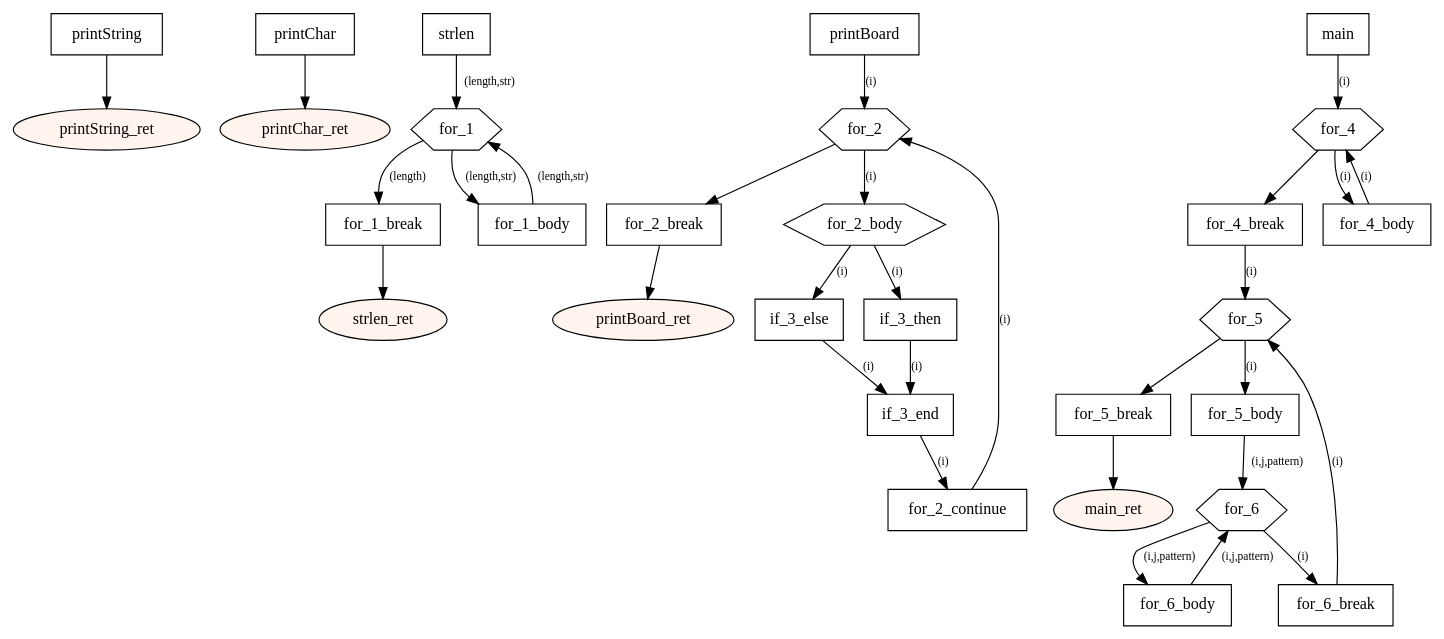
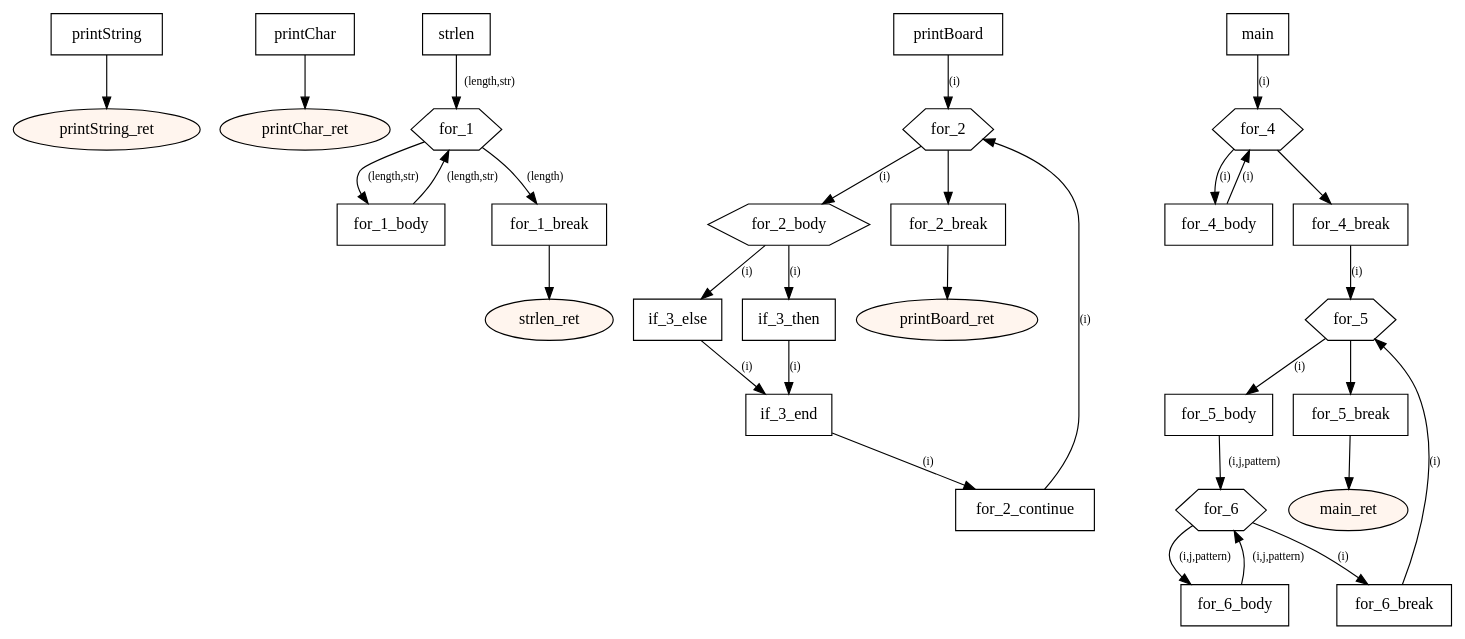
The diagram in src/main/resources-test/rule110.dot (tmssngr/tinyC), drawn with Graphviz before and after one commit. The commit also changed other lines of this file and 51 other files, not shown here.

```diff
--- a/src/main/resources-test/rule110.dot
+++ b/src/main/resources-test/rule110.dot
@@ -1,72 +1,72 @@
 digraph program {
 	edge[fontsize="10pt"];
 	subgraph fn_printString {
 		BasicBlock_0_printString [label="printString",shape=box];
 		BasicBlock_0_printString -> BasicBlock_0_printString_ret;
 		BasicBlock_0_printString_ret [label="printString_ret",shape=oval,style=filled,fillcolor="#fff5ee"];
 	}
 	subgraph fn_printChar {
 		BasicBlock_1_printChar [label="printChar",shape=box];
 		BasicBlock_1_printChar -> BasicBlock_1_printChar_ret;
 		BasicBlock_1_printChar_ret [label="printChar_ret",shape=oval,style=filled,fillcolor="#fff5ee"];
 	}
 	subgraph fn_strlen {
 		BasicBlock_2_strlen [label="strlen",shape=box];
 		BasicBlock_2_strlen -> BasicBlock_2_for_1 [label="(length,str)"];
+		BasicBlock_2_for_1_body [label="for_1_body",shape=box];
+		BasicBlock_2_for_1_body -> BasicBlock_2_for_1 [label="(length,str)"];
 		BasicBlock_2_for_1 [label="for_1",shape=hexagon];
 		BasicBlock_2_for_1 -> BasicBlock_2_for_1_break [label="(length)"];
 		BasicBlock_2_for_1 -> BasicBlock_2_for_1_body [label="(length,str)"];
-		BasicBlock_2_for_1_body [label="for_1_body",shape=box];
-		BasicBlock_2_for_1_body -> BasicBlock_2_for_1 [label="(length,str)"];
 		BasicBlock_2_for_1_break [label="for_1_break",shape=box];
 		BasicBlock_2_for_1_break -> BasicBlock_2_strlen_ret;
 		BasicBlock_2_strlen_ret [label="strlen_ret",shape=oval,style=filled,fillcolor="#fff5ee"];
 	}
 	subgraph fn_printBoard {
 		BasicBlock_3_printBoard [label="printBoard",shape=box];
 		BasicBlock_3_printBoard -> BasicBlock_3_for_2 [label="(i)"];
-		BasicBlock_3_for_2 [label="for_2",shape=hexagon];
-		BasicBlock_3_for_2 -> BasicBlock_3_for_2_break;
-		BasicBlock_3_for_2 -> BasicBlock_3_for_2_body [label="(i)"];
 		BasicBlock_3_for_2_body [label="for_2_body",shape=hexagon];
 		BasicBlock_3_for_2_body -> BasicBlock_3_if_3_else [label="(i)"];
 		BasicBlock_3_for_2_body -> BasicBlock_3_if_3_then [label="(i)"];
+		BasicBlock_3_if_3_else [label="if_3_else",shape=box];
+		BasicBlock_3_if_3_else -> BasicBlock_3_if_3_end [label="(i)"];
 		BasicBlock_3_if_3_then [label="if_3_then",shape=box];
 		BasicBlock_3_if_3_then -> BasicBlock_3_if_3_end [label="(i)"];
-		BasicBlock_3_if_3_else [label="if_3_else",shape=box];
-		BasicBlock_3_if_3_else -> BasicBlock_3_if_3_end [label="(i)"];
 		BasicBlock_3_if_3_end [label="if_3_end",shape=box];
 		BasicBlock_3_if_3_end -> BasicBlock_3_for_2_continue [label="(i)"];
 		BasicBlock_3_for_2_continue [label="for_2_continue",shape=box];
 		BasicBlock_3_for_2_continue -> BasicBlock_3_for_2 [label="(i)"];
+		BasicBlock_3_for_2 [label="for_2",shape=hexagon];
+		BasicBlock_3_for_2 -> BasicBlock_3_for_2_break;
+		BasicBlock_3_for_2 -> BasicBlock_3_for_2_body [label="(i)"];
 		BasicBlock_3_for_2_break [label="for_2_break",shape=box];
 		BasicBlock_3_for_2_break -> BasicBlock_3_printBoard_ret;
 		BasicBlock_3_printBoard_ret [label="printBoard_ret",shape=oval,style=filled,fillcolor="#fff5ee"];
 	}
 	subgraph fn_main {
 		BasicBlock_4_main [label="main",shape=box];
 		BasicBlock_4_main -> BasicBlock_4_for_4 [label="(i)"];
+		BasicBlock_4_for_4_body [label="for_4_body",shape=box];
+		BasicBlock_4_for_4_body -> BasicBlock_4_for_4 [label="(i)"];
 		BasicBlock_4_for_4 [label="for_4",shape=hexagon];
 		BasicBlock_4_for_4 -> BasicBlock_4_for_4_break;
 		BasicBlock_4_for_4 -> BasicBlock_4_for_4_body [label="(i)"];
-		BasicBlock_4_for_4_body [label="for_4_body",shape=box];
-		BasicBlock_4_for_4_body -> BasicBlock_4_for_4 [label="(i)"];
 		BasicBlock_4_for_4_break [label="for_4_break",shape=box];
 		BasicBlock_4_for_4_break -> BasicBlock_4_for_5 [label="(i)"];
+		BasicBlock_4_for_5_body [label="for_5_body",shape=box];
+		BasicBlock_4_for_5_body -> BasicBlock_4_for_6 [label="(i,j,pattern)"];
+		BasicBlock_4_for_6_body [label="for_6_body",shape=box];
+		BasicBlock_4_for_6_body -> BasicBlock_4_for_6 [label="(i,j,pattern)"];
+		BasicBlock_4_for_6 [label="for_6",shape=hexagon];
+		BasicBlock_4_for_6 -> BasicBlock_4_for_6_break [label="(i)"];
+		BasicBlock_4_for_6 -> BasicBlock_4_for_6_body [label="(i,j,pattern)"];
+		BasicBlock_4_for_6_break [label="for_6_break",shape=box];
+		BasicBlock_4_for_6_break -> BasicBlock_4_for_5 [label="(i)"];
 		BasicBlock_4_for_5 [label="for_5",shape=hexagon];
 		BasicBlock_4_for_5 -> BasicBlock_4_for_5_break;
 		BasicBlock_4_for_5 -> BasicBlock_4_for_5_body [label="(i)"];
-		BasicBlock_4_for_5_body [label="for_5_body",shape=box];
-		BasicBlock_4_for_5_body -> BasicBlock_4_for_6 [label="(i,j,pattern)"];
-		BasicBlock_4_for_6 [label="for_6",shape=hexagon];
-		BasicBlock_4_for_6 -> BasicBlock_4_for_6_break [label="(i)"];
-		BasicBlock_4_for_6 -> BasicBlock_4_for_6_body [label="(i,j,pattern)"];
-		BasicBlock_4_for_6_body [label="for_6_body",shape=box];
-		BasicBlock_4_for_6_body -> BasicBlock_4_for_6 [label="(i,j,pattern)"];
-		BasicBlock_4_for_6_break [label="for_6_break",shape=box];
-		BasicBlock_4_for_6_break -> BasicBlock_4_for_5 [label="(i)"];
 		BasicBlock_4_for_5_break [label="for_5_break",shape=box];
 		BasicBlock_4_for_5_break -> BasicBlock_4_main_ret;
 		BasicBlock_4_main_ret [label="main_ret",shape=oval,style=filled,fillcolor="#fff5ee"];
 	}
 }
```
